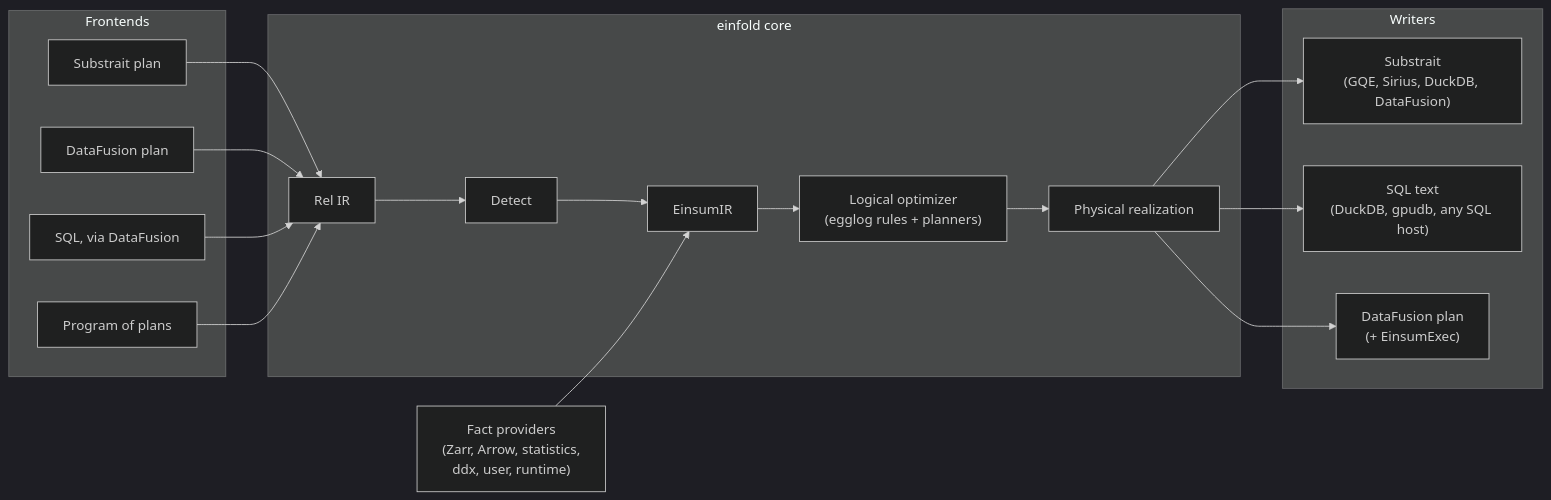
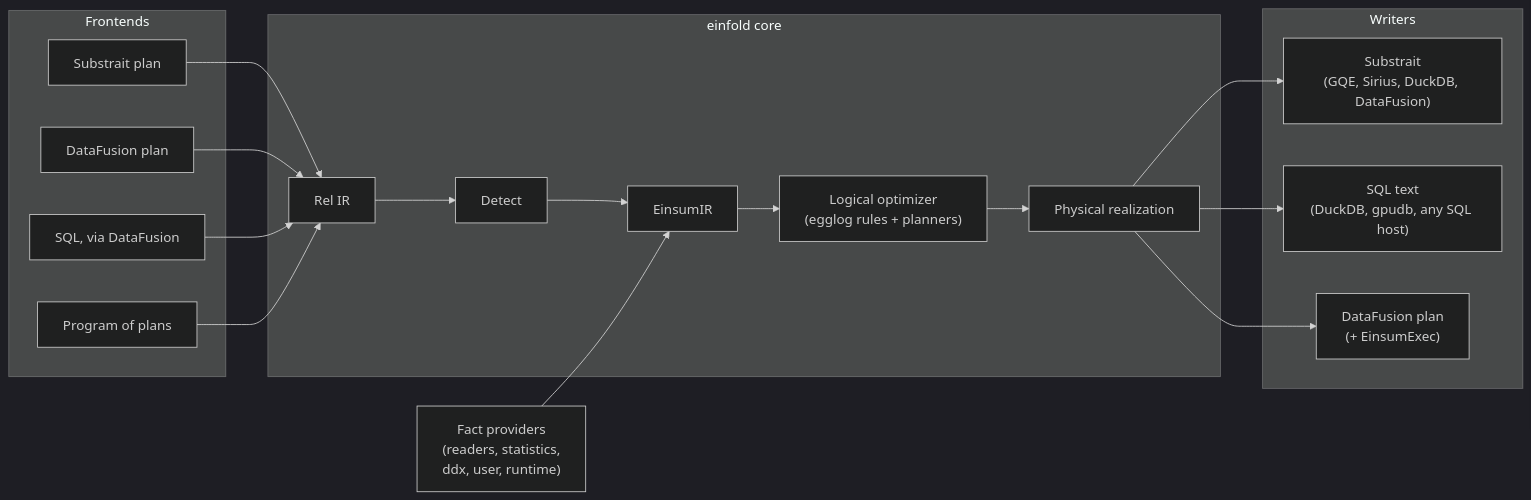
The first of 2 diagrams in docs/design.md (xqlsystems/einfold), drawn with Mermaid (dark theme) before and after one commit. The commit also changed other lines of this file and 3 other files, not shown here.

````diff
--- a/docs/design.md
+++ b/docs/design.md
@@ -211,27 +169,27 @@
 ```mermaid
 flowchart LR
   subgraph frontends [Frontends]
     fsub[Substrait plan]
     fdf[DataFusion plan]
     fsql[SQL, via DataFusion]
     fprog[Program of plans]
   end
   subgraph core [einfold core]
     rel[Rel IR] --> det[Detect] --> eir[EinsumIR]
     eir --> logi["Logical optimizer<br/>(egglog rules + planners)"]
     logi --> phys[Physical realization]
   end
-  facts["Fact providers<br/>(Zarr, Arrow, statistics,<br/>ddx, user, runtime)"] --> eir
+  facts["Fact providers<br/>(readers, statistics,<br/>ddx, user, runtime)"] --> eir
   subgraph writers [Writers]
     wsub["Substrait<br/>(GQE, Sirius, DuckDB, DataFusion)"]
     wsql["SQL text<br/>(DuckDB, gpudb, any SQL host)"]
     wdf["DataFusion plan<br/>(+ EinsumExec)"]
   end
   fsub --> rel
   fdf --> rel
   fsql --> rel
   fprog --> rel
   phys --> wsub
   phys --> wsql
   phys --> wdf
 ```
````
